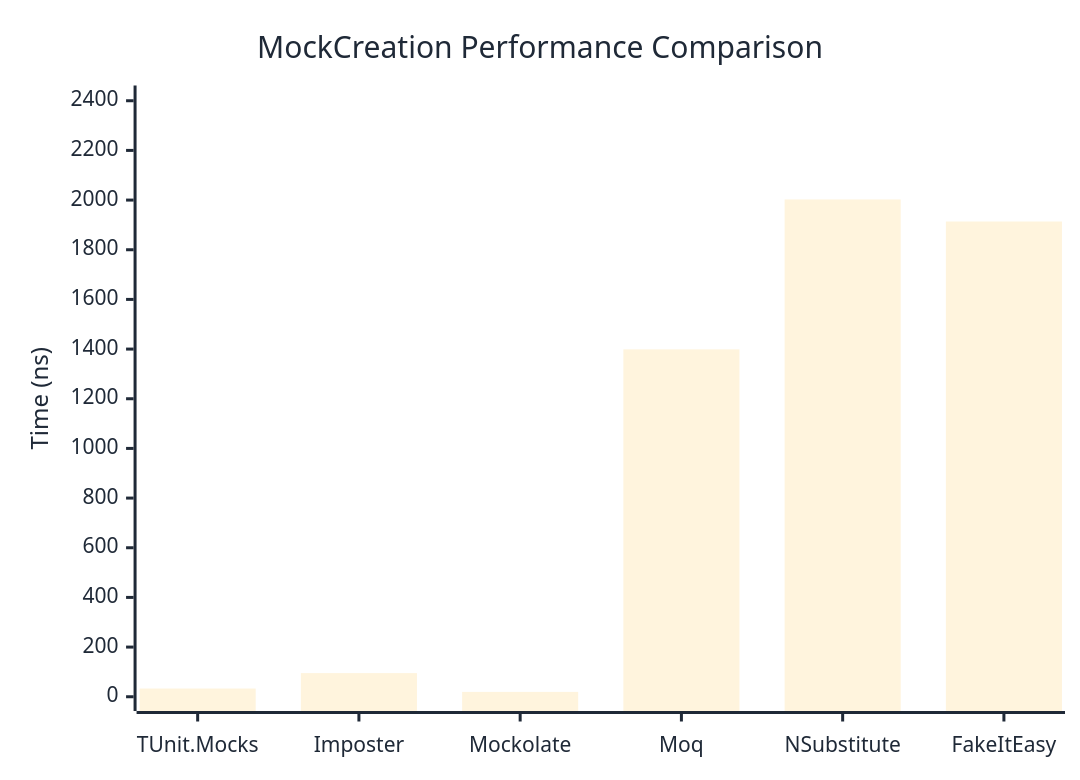
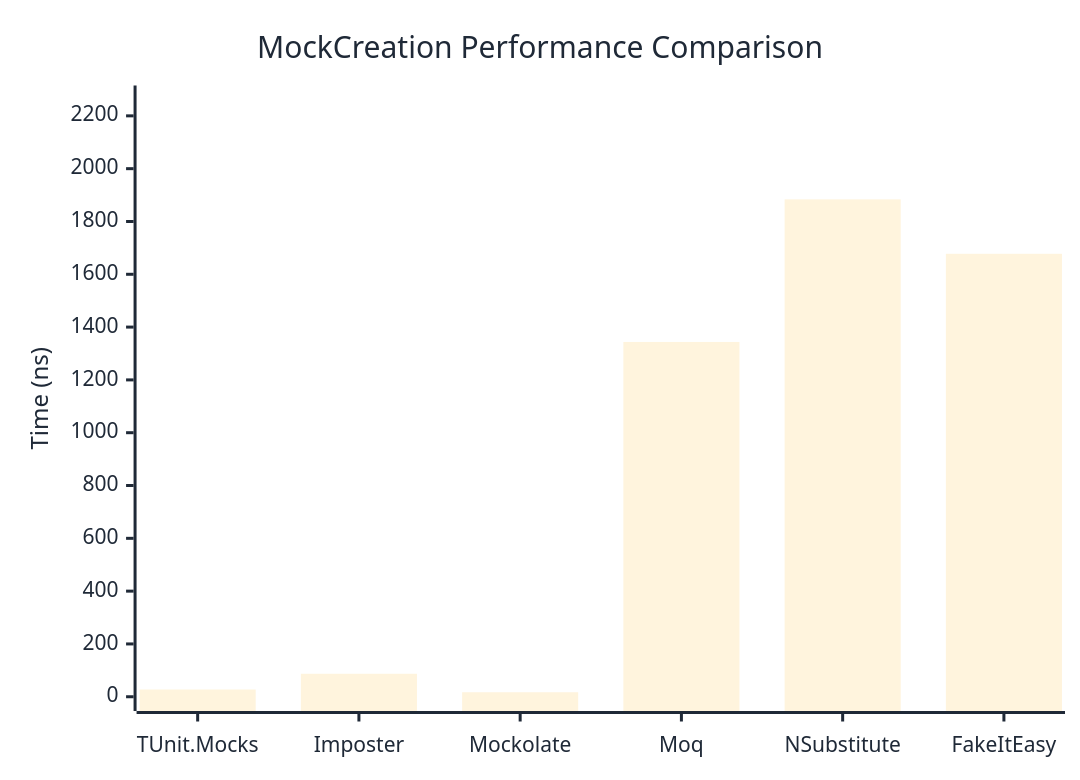
One commit to thomhurst/TUnit changed the first of 2 diagrams in docs/docs/benchmarks/mocks/MockCreation.md. Above: the diagram before and after it, drawn with Mermaid. The commit also changed other lines of this file and 14 other files, not shown here.

````diff
--- a/docs/docs/benchmarks/mocks/MockCreation.md
+++ b/docs/docs/benchmarks/mocks/MockCreation.md
@@ -30,27 +30,27 @@
 ```mermaid
 %%{init: {
   'theme':'base',
   'themeVariables': {
     'primaryColor': '#2563eb',
     'primaryTextColor': '#1f2937',
     'primaryBorderColor': '#1e40af',
     'lineColor': '#6b7280',
     'secondaryColor': '#7c3aed',
     'tertiaryColor': '#dc2626',
     'background': '#ffffff',
     'pie1': '#2563eb',
     'pie2': '#7c3aed',
     'pie3': '#dc2626',
     'pie4': '#f59e0b',
     'pie5': '#10b981',
     'pie6': '#06b6d4',
     'pie7': '#ec4899',
     'pie8': '#6366f1'
   }
 }}%%
 xychart-beta
   title "MockCreation Performance Comparison"
   x-axis ["TUnit.Mocks", "Imposter", "Mockolate", "Moq", "NSubstitute", "FakeItEasy"]
-  y-axis "Time (ns)" 0 --> 2404
-  bar [33.11, 95.18, 19.52, 1398.89, 2002.54, 1913.69]
+  y-axis "Time (ns)" 0 --> 2261
+  bar [27.41, 87.09, 17.07, 1343.65, 1883.71, 1677.6]
 ```
````
